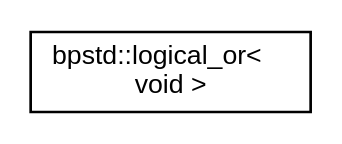
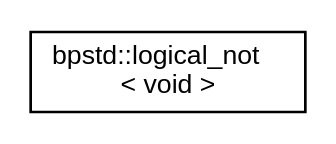
One commit to bitwizeshift/BackportCpp changed the diagram in api/latest/inherit_graph_39.dot. Above: the diagram before and after it, drawn with Graphviz. The commit also changed 104 other files, not shown here.

```diff
--- a/api/latest/inherit_graph_39.dot
+++ b/api/latest/inherit_graph_39.dot
@@ -1,7 +1,7 @@
 digraph "Graphical Class Hierarchy"
 {
   edge [fontname="Helvetica",fontsize="10",labelfontname="Helvetica",labelfontsize="10"];
   node [fontname="Helvetica",fontsize="10",shape=record];
   rankdir="LR";
-  Node0 [label="bpstd::logical_or\<\l void \>",height=0.2,width=0.4,color="black", fillcolor="white", style="filled",URL="$d0/d98/structbpstd_1_1logical__or_3_01void_01_4.html"];
+  Node0 [label="bpstd::logical_not\l\< void \>",height=0.2,width=0.4,color="black", fillcolor="white", style="filled",URL="$df/d55/structbpstd_1_1logical__not_3_01void_01_4.html"];
 }
```
